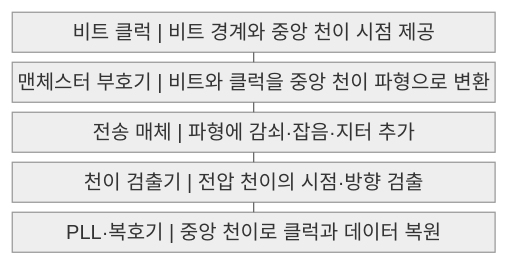
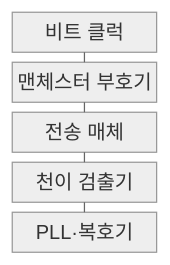
One commit to agnusdei1207/knowledge-base changed the first of 2 diagrams in src/content/docs/notes/04-network/068_manchester_encoding.md. Above: the diagram before and after it, drawn with Mermaid (neutral theme). The commit also changed other lines of this file and 122 other files, not shown here.

````diff
--- a/src/content/docs/notes/04-network/068_manchester_encoding.md
+++ b/src/content/docs/notes/04-network/068_manchester_encoding.md
@@ -57,13 +57,13 @@
 ```mermaid
-block
+block-beta
     columns 1
-    A["비트 클럭 | 비트 경계와 중앙 천이 시점 제공"]
-    B["맨체스터 부호기 | 비트와 클럭을 중앙 천이 파형으로 변환"]
-    C["전송 매체 | 파형에 감쇠·잡음·지터 추가"]
-    D["천이 검출기 | 전압 천이의 시점·방향 검출"]
-    E["PLL·복호기 | 중앙 천이로 클럭과 데이터 복원"]
+    A["비트 클럭"]
+    B["맨체스터 부호기"]
+    C["전송 매체"]
+    D["천이 검출기"]
+    E["PLL·복호기"]
     A --- B
     B --- C
     C --- D
     D --- E
 ```
````
